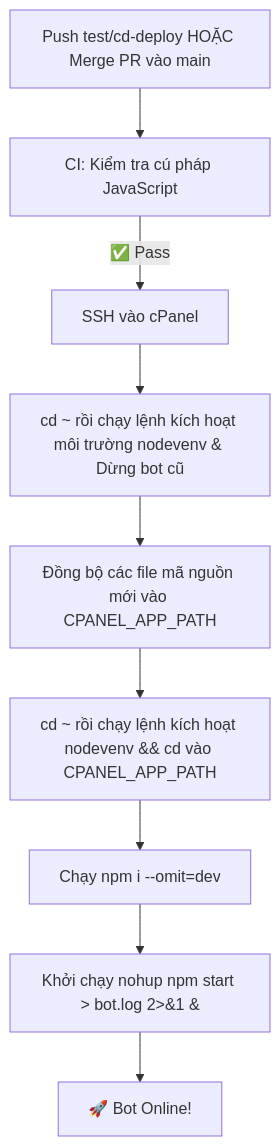
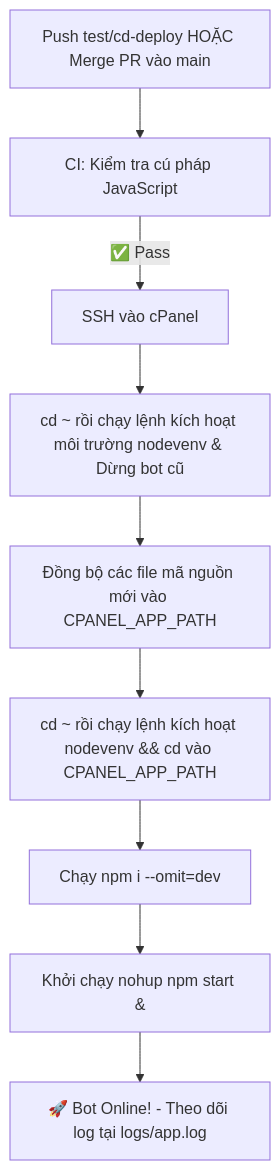
The diagram in docs/CICD_GUIDE.md (hoangbmt023/hoangnek_bot_discord), drawn with Mermaid before and after one commit. The commit also changed 2 other files, not shown here.

Commit message:
ci(cd): đổi lệnh khởi động thành nohup npm start & và theo dõi logs/app.log

````diff
--- a/docs/CICD_GUIDE.md
+++ b/docs/CICD_GUIDE.md
@@ -32,11 +32,11 @@
 ```mermaid
 flowchart TD
     A[Push test/cd-deploy HOẶC Merge PR vào main] --> B[CI: Kiểm tra cú pháp JavaScript]
     B -->|✅ Pass| C[SSH vào cPanel]
     C --> D[cd ~ rồi chạy lệnh kích hoạt môi trường nodevenv & Dừng bot cũ]
     D --> E[Đồng bộ các file mã nguồn mới vào CPANEL_APP_PATH]
     E --> F[cd ~ rồi chạy lệnh kích hoạt nodevenv && cd vào CPANEL_APP_PATH]
     F --> G[Chạy npm i --omit=dev]
-    G --> H[Khởi chạy nohup npm start > bot.log 2>&1 &]
-    H --> I[🚀 Bot Online!]
+    G --> H[Khởi chạy nohup npm start &]
+    H --> I[🚀 Bot Online! - Theo dõi log tại logs/app.log]
 ```
````
